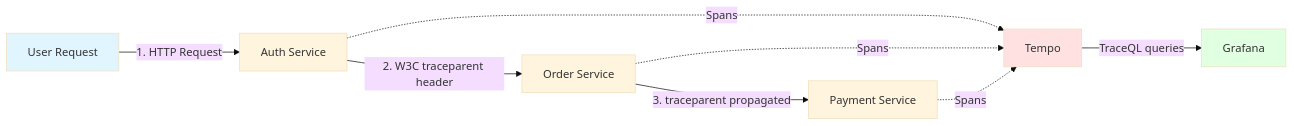
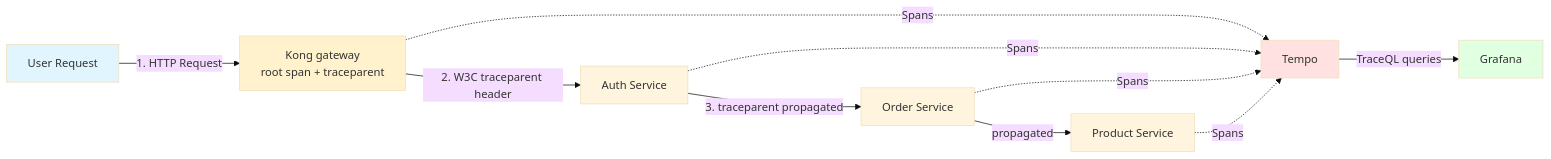
Before and after one commit to duynhlab/homelab: the diagram in docs/observability/tracing/README.md, drawn with Mermaid (base theme). The commit also changed other lines of this file and 18 other files, not shown here.

````diff
--- a/docs/observability/tracing/README.md
+++ b/docs/observability/tracing/README.md
@@ -78,16 +79,19 @@
 ```mermaid
 flowchart LR
-    A[User Request] -->|1. HTTP Request| B[Auth Service]
-    B -->|2. W3C traceparent header| C[Order Service]
-    C -->|3. traceparent propagated| D[Payment Service]
-    
-    B -.->|Spans| E[Tempo]
+    A[User Request] -->|1. HTTP Request| K[Kong gateway<br/>root span + traceparent]
+    K -->|2. W3C traceparent header| B[Auth Service]
+    B -->|3. traceparent propagated| C[Order Service]
+    C -->|propagated| D[Product Service]
+
+    K -.->|Spans| E[Tempo]
+    B -.->|Spans| E
     C -.->|Spans| E
     D -.->|Spans| E
-    
+
     E -->|TraceQL queries| F[Grafana]
-    
+
     style A fill:#e1f5ff
+    style K fill:#fff2cc
     style E fill:#ffe1e1
     style F fill:#e1ffe1
 ```
````
